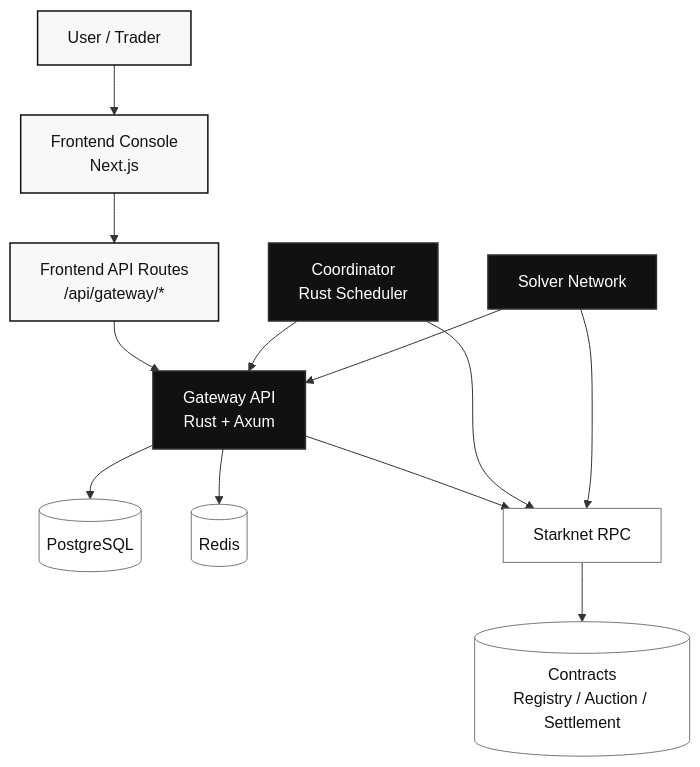
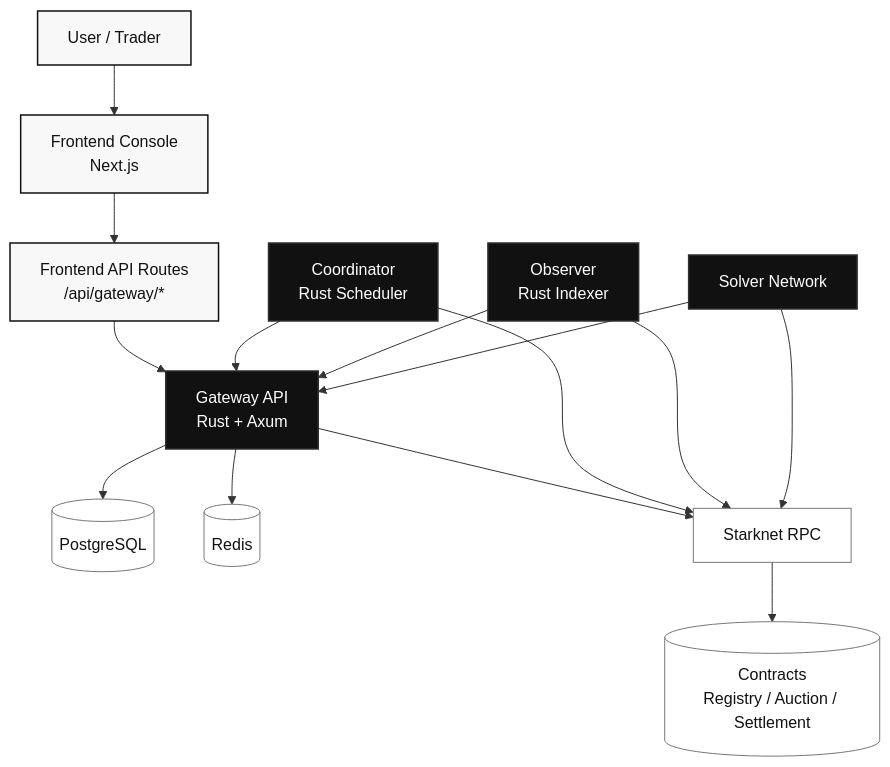
One commit to TheWeirdDee/blindmarkets changed the first of 4 diagrams in README.md. Above: the diagram before and after it, drawn with Mermaid. The commit also changed other lines of this file, not shown here.

````diff
--- a/README.md
+++ b/README.md
@@ -32,32 +36,35 @@
 ```mermaid
 graph TD
   U[User / Trader]
   FE[Frontend Console<br/>Next.js]
   APIR[Frontend API Routes<br/>/api/gateway/*]
   GW[Gateway API<br/>Rust + Axum]
   PG[(PostgreSQL)]
   RD[(Redis)]
   CO[Coordinator<br/>Rust Scheduler]
+  OB[Observer<br/>Rust Indexer]
   SN[Starknet RPC]
   C[(Contracts<br/>Registry / Auction / Settlement)]
   SV[Solver Network]
 
   U --> FE
   FE --> APIR
   APIR --> GW
   GW --> PG
   GW --> RD
   GW --> SN
   SN --> C
   CO --> GW
   CO --> SN
+  OB --> GW
+  OB --> SN
   SV --> GW
   SV --> SN
 
   classDef ui fill:#f8f8f8,stroke:#111,stroke-width:1.5px,color:#111;
   classDef svc fill:#111,stroke:#2f2f2f,stroke-width:1.5px,color:#fff;
   classDef data fill:#fff,stroke:#777,stroke-width:1px,color:#111;
   class U,FE,APIR ui;
-  class GW,CO,SV svc;
+  class GW,CO,OB,SV svc;
   class PG,RD,SN,C data;
 ```
````
